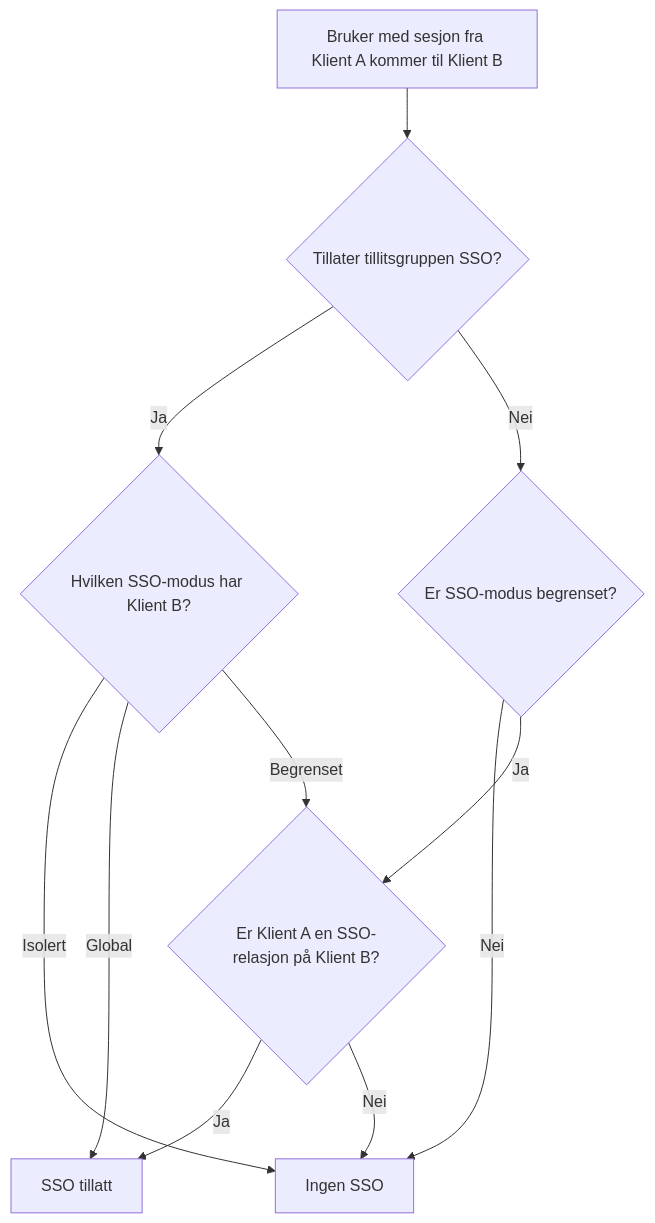
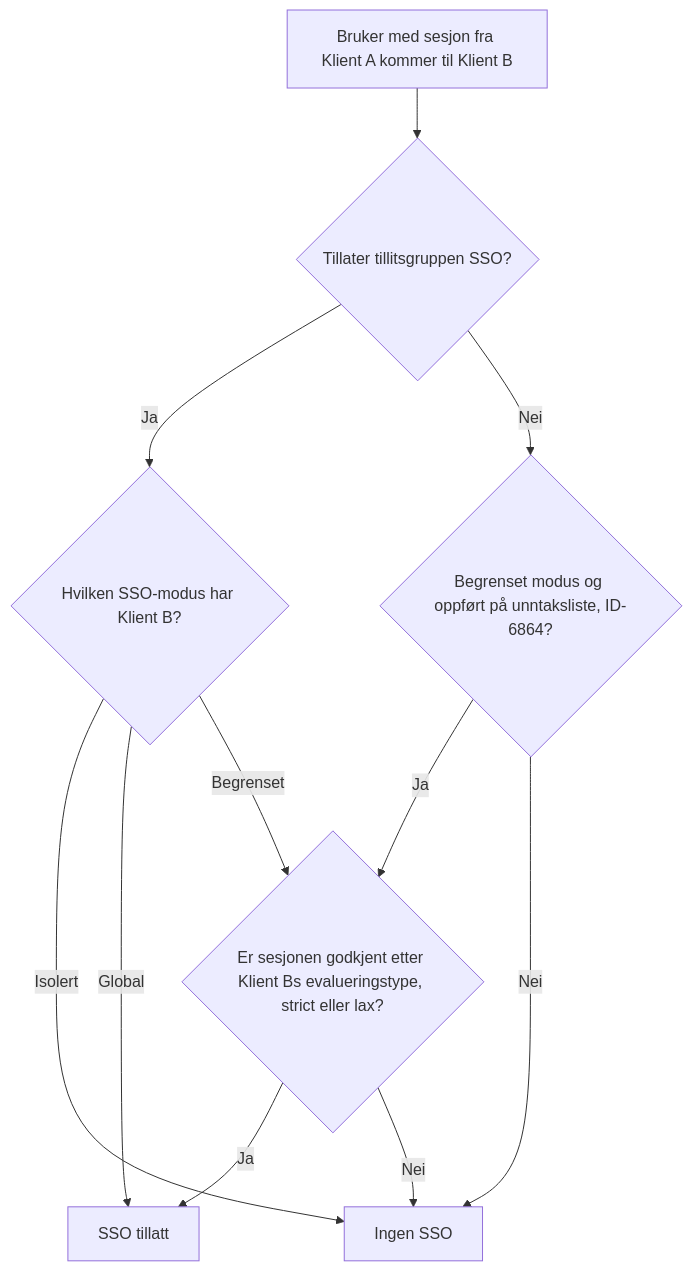
One commit to felleslosninger/docs changed the second of 3 diagrams in _docs/idporten/oidc/oidc_sso_grupper.md. Above: the diagram before and after it, drawn with Mermaid. The commit also changed other lines of this file, not shown here.

First line of the commit message:
ID-7136: spisse SSO-grupper-teksten

```diff
--- a/_docs/idporten/oidc/oidc_sso_grupper.md
+++ b/_docs/idporten/oidc/oidc_sso_grupper.md
@@ -90,13 +110,13 @@
 <div class="mermaid">
 graph TD
     A[Bruker med sesjon fra Klient A kommer til Klient B] --> B{Tillater tillitsgruppen SSO?}
     B -- Ja --> C{Hvilken SSO-modus har Klient B?}
     C -- Isolert --> X[Ingen SSO]
     C -- Global --> D[SSO tillatt]
-    C -- Begrenset --> E{Er Klient A en SSO-relasjon på Klient B?}
+    C -- Begrenset --> E{Er sesjonen godkjent etter Klient Bs evalueringstype, strict eller lax?}
     E -- Ja --> D
     E -- Nei --> X
-    B -- Nei --> F{Er SSO-modus begrenset?}
+    B -- Nei --> F{Begrenset modus og oppført på unntaksliste, ID-6864?}
+    F -- Ja --> E
     F -- Nei --> X
-    F -- Ja --> E{Er Klient A en SSO-relasjon på Klient B?}
 </div>
```
